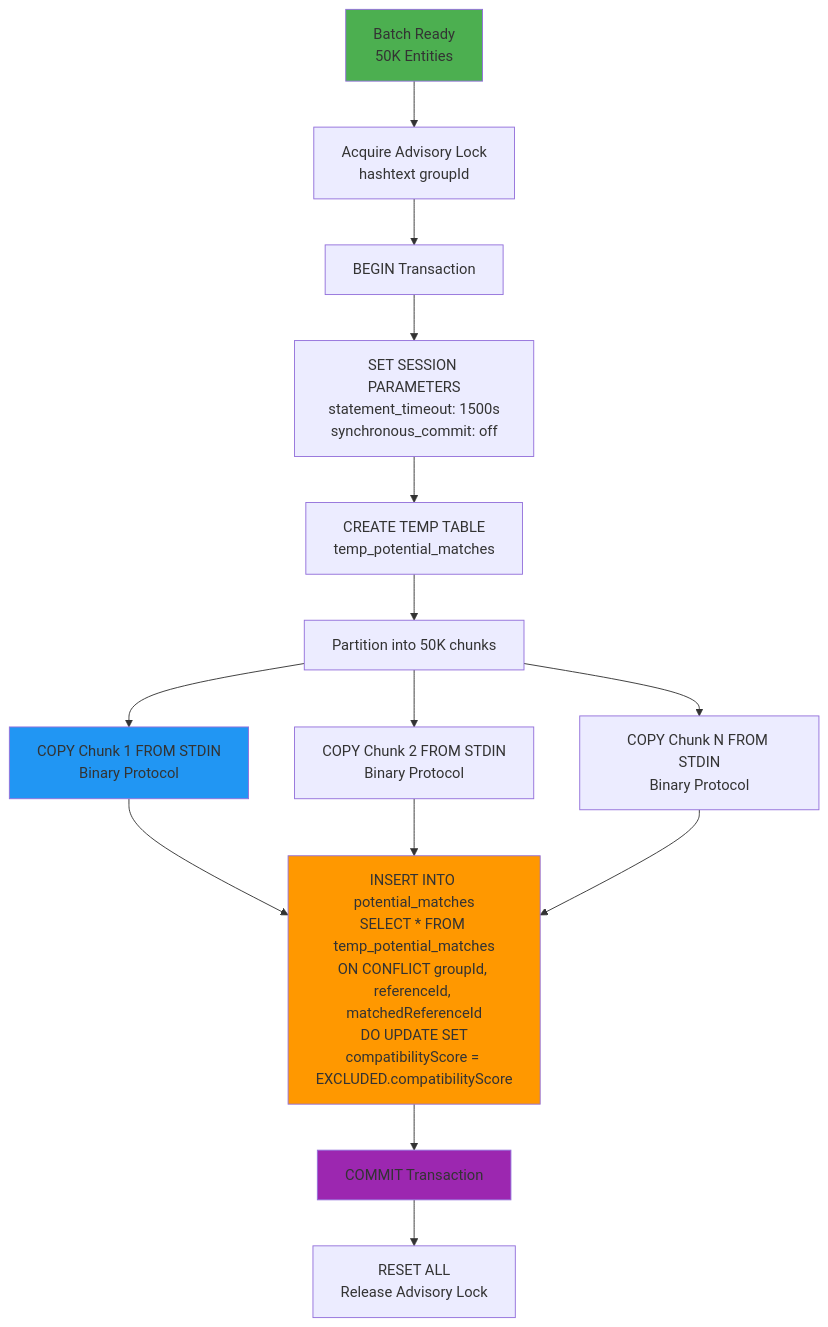
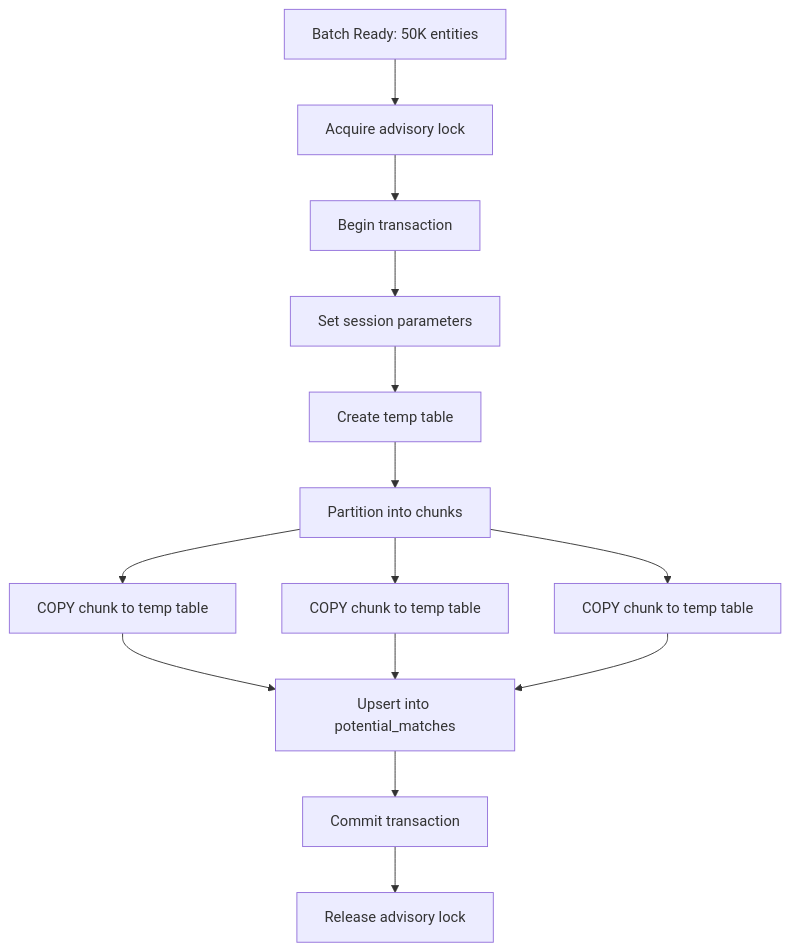
One commit to kagit00/schedule_x changed diagram 23 of 33 in docs/Low Level Designs/ScheduledPotentialMatchesCreation.md. Above: the diagram before and after it, drawn with Mermaid. The commit also changed other lines of this file, not shown here.

````diff
--- a/docs/Low Level Designs/ScheduledPotentialMatchesCreation.md
+++ b/docs/Low Level Designs/ScheduledPotentialMatchesCreation.md
@@ -1211,24 +1211,20 @@
 ```mermaid
 flowchart TB
-    A[Batch Ready<br/>50K Entities] --> B[Acquire Advisory Lock<br/>hashtext groupId]
-    B --> C[BEGIN Transaction]
-    C --> D[SET SESSION PARAMETERS<br/>statement_timeout: 1500s<br/>synchronous_commit: off]
-    D --> E[CREATE TEMP TABLE<br/>temp_potential_matches]
-    
-    E --> F[Partition into 50K chunks]
-    F --> G1[COPY Chunk 1 FROM STDIN<br/>Binary Protocol]
-    F --> G2[COPY Chunk 2 FROM STDIN<br/>Binary Protocol]
-    F --> GN[COPY Chunk N FROM STDIN<br/>Binary Protocol]
-    
-    G1 --> H[INSERT INTO potential_matches<br/>SELECT * FROM temp_potential_matches<br/>ON CONFLICT groupId, referenceId, matchedReferenceId<br/>DO UPDATE SET<br/>compatibilityScore = EXCLUDED.compatibilityScore]
+    A[Batch Ready: 50K entities] --> B[Acquire advisory lock]
+    B --> C[Begin transaction]
+    C --> D[Set session parameters]
+    D --> E[Create temp table]
+
+    E --> F[Partition into chunks]
+    F --> G1[COPY chunk to temp table]
+    F --> G2[COPY chunk to temp table]
+    F --> GN[COPY chunk to temp table]
+
+    G1 --> H[Upsert into potential_matches]
     G2 --> H
     GN --> H
-    
-    H --> I[COMMIT Transaction]
-    I --> J[RESET ALL<br/>Release Advisory Lock]
-    
-    style A fill:#4CAF50
-    style G1 fill:#2196F3
-    style H fill:#FF9800
-    style I fill:#9C27B0
+
+    H --> I[Commit transaction]
+    I --> J[Release advisory lock]
+
 ```
````
